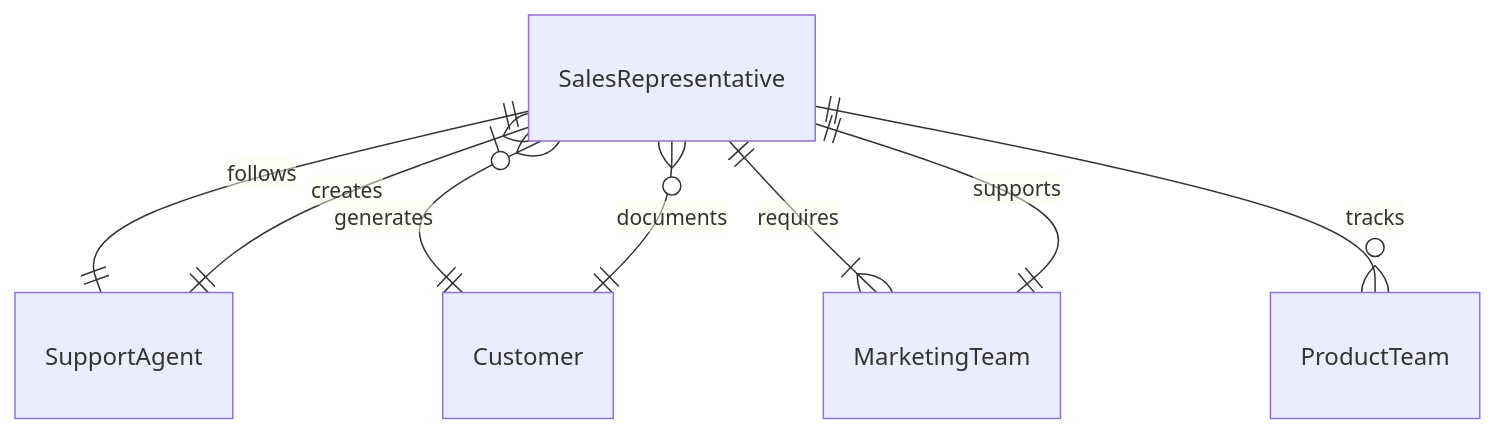
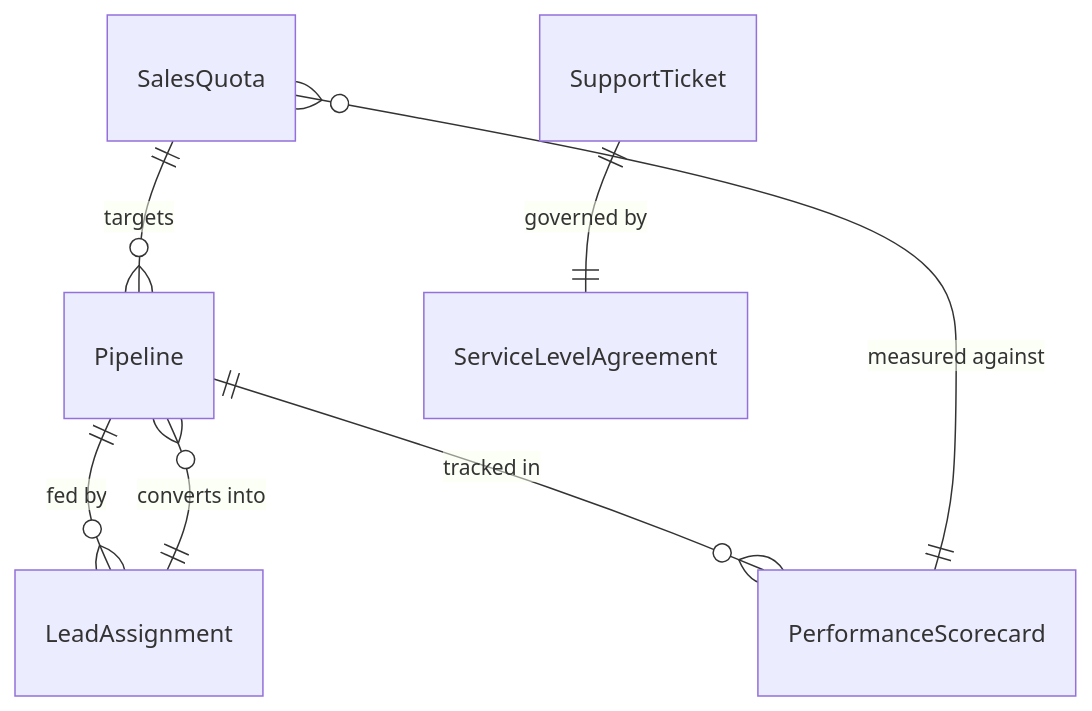
Before and after one commit to dot-org-ai/tasks.org.ai: the first of 4 diagrams in GuidingDirectingAndMotivatingSubordinates/SupervisePersonnelActivities/SuperviseSalesSupportPersonnel.mdx, drawn with Mermaid. The commit also changed other lines of this file and 515 other files, not shown here.

````diff
--- a/GuidingDirectingAndMotivatingSubordinates/SupervisePersonnelActivities/SuperviseSalesSupportPersonnel.mdx
+++ b/GuidingDirectingAndMotivatingSubordinates/SupervisePersonnelActivities/SuperviseSalesSupportPersonnel.mdx
@@ -86,10 +86,9 @@
 ```mermaid
 erDiagram
-    SalesRepresentative ||--|| SupportAgent : follows
-    SalesRepresentative }o--|| Customer : generates
-    SalesRepresentative ||--|{ MarketingTeam : requires
-    SalesRepresentative ||--o{ ProductTeam : tracks
-    SupportAgent ||--|{ SalesRepresentative : creates
-    Customer ||--o{ SalesRepresentative : documents
-    MarketingTeam ||--|| SalesRepresentative : supports
+    SalesQuota ||--o{ Pipeline : "targets"
+    Pipeline ||--o{ LeadAssignment : "fed by"
+    SupportTicket ||--|| ServiceLevelAgreement : "governed by"
+    PerformanceScorecard ||--o{ SalesQuota : "measured against"
+    Pipeline ||--o{ PerformanceScorecard : "tracked in"
+    LeadAssignment ||--o{ Pipeline : "converts into"
 ```
````
